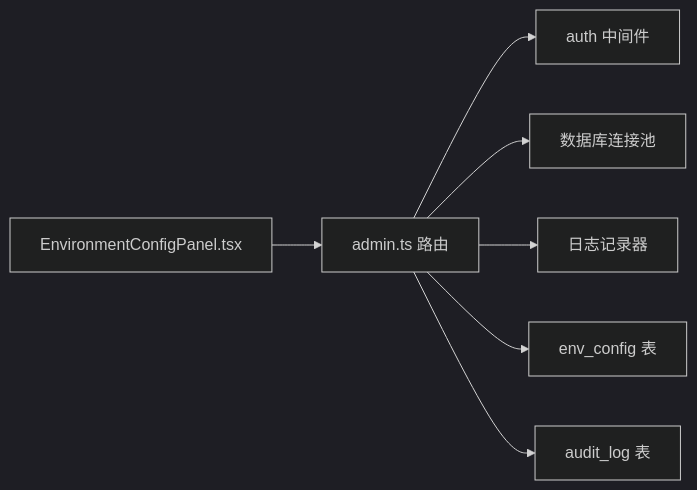
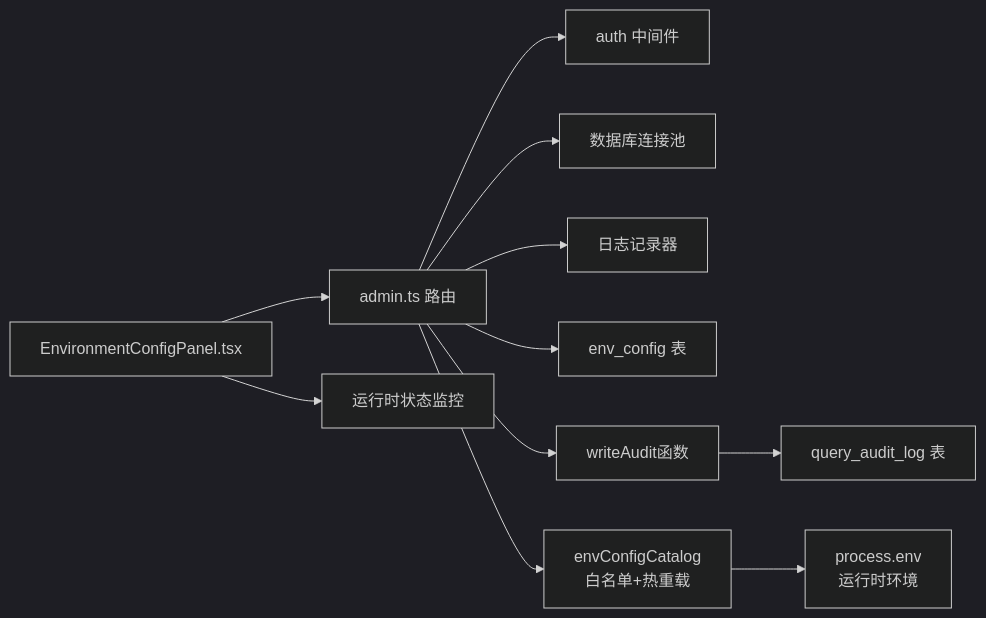
One commit to dgjin/smart-data-analytics changed the fifth of 5 diagrams in .qoder/repowiki/zh/content/API参考/管理API/环境配置API.md. Above: the diagram before and after it, drawn with Mermaid (dark theme). The commit also changed other lines of this file and 146 other files, not shown here.

````diff
--- a/.qoder/repowiki/zh/content/API参考/管理API/环境配置API.md
+++ b/.qoder/repowiki/zh/content/API参考/管理API/环境配置API.md
@@ -201,9 +278,13 @@
 ```mermaid
 graph LR
 AdminRoute["admin.ts 路由"] --> Auth["auth 中间件"]
 AdminRoute --> DB["数据库连接池"]
 AdminRoute --> Logger["日志记录器"]
 AdminRoute --> EnvCfg["env_config 表"]
-AdminRoute --> Audit["audit_log 表"]
+AdminRoute --> WriteAudit["writeAudit函数"]
+AdminRoute --> Catalog["envConfigCatalog<br/>白名单+热重载"]
+Catalog --> Runtime["process.env<br/>运行时环境"]
+WriteAudit --> AuditLog["query_audit_log 表"]
 FE["EnvironmentConfigPanel.tsx"] --> AdminRoute
+FE --> RuntimeMonitor["运行时状态监控"]
 ```
````
